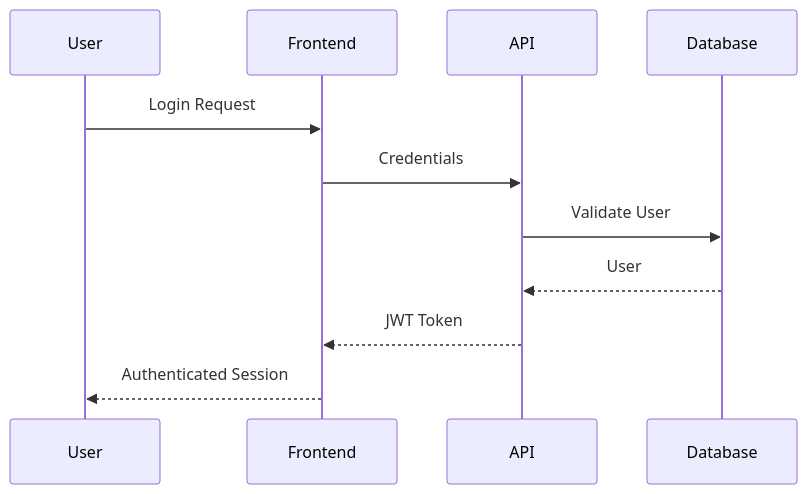
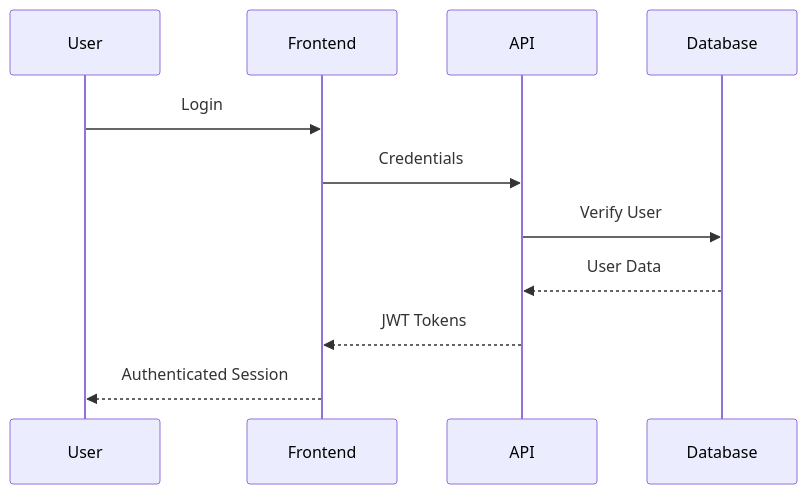
Before and after one commit to anoop-grover/spreetail-shared-expenses: the second of 5 diagrams in ARCHITECTURE.md, drawn with Mermaid. The commit also changed other lines of this file and 7 other files, not shown here.

````diff
--- a/ARCHITECTURE.md
+++ b/ARCHITECTURE.md
@@ -273,15 +294,15 @@
 ```mermaid
 sequenceDiagram
 
-User->>Frontend: Login Request
+User->>Frontend: Login
 
 Frontend->>API: Credentials
 
-API->>Database: Validate User
+API->>Database: Verify User
 
-Database-->>API: User
+Database-->>API: User Data
 
-API-->>Frontend: JWT Token
+API-->>Frontend: JWT Tokens
 
 Frontend-->>User: Authenticated Session
 ```
````
